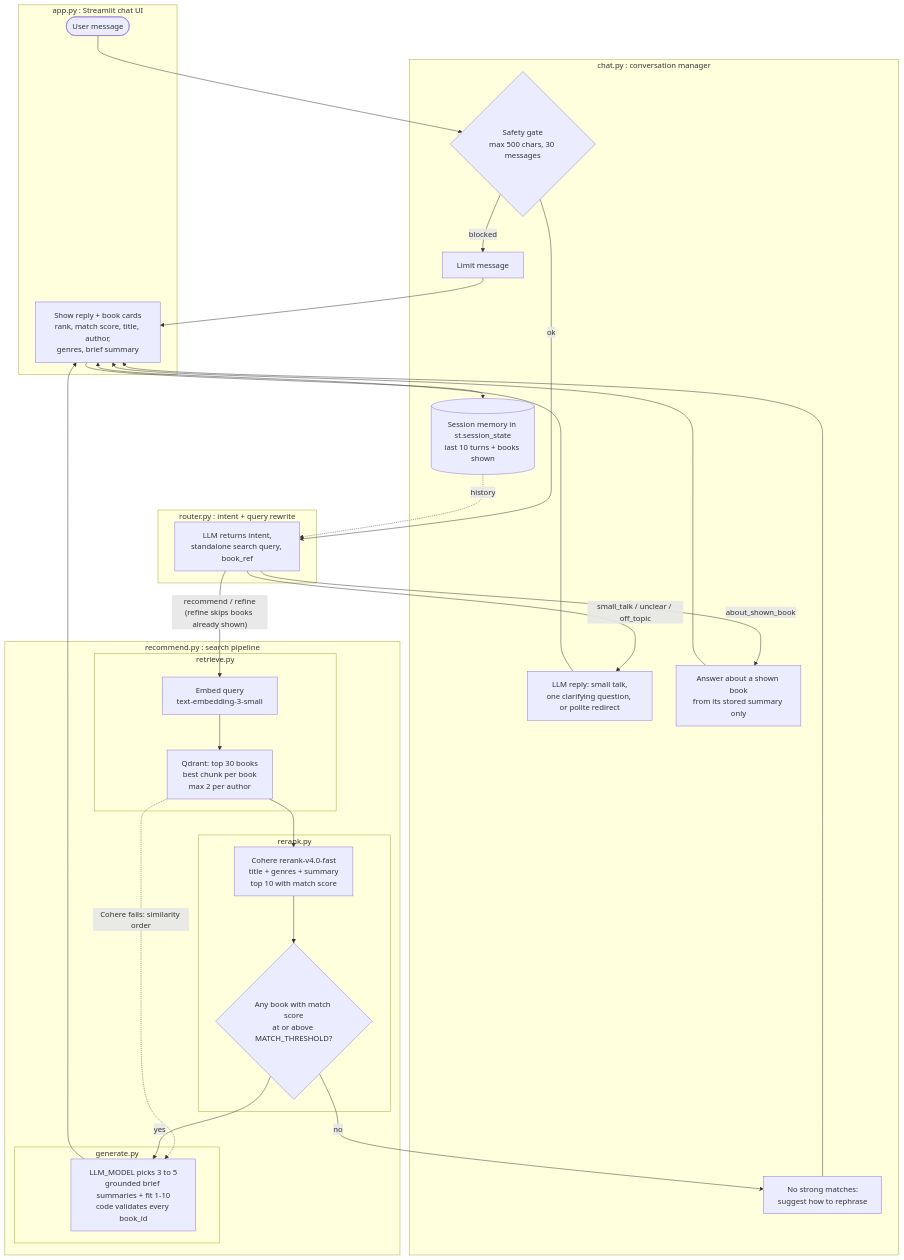
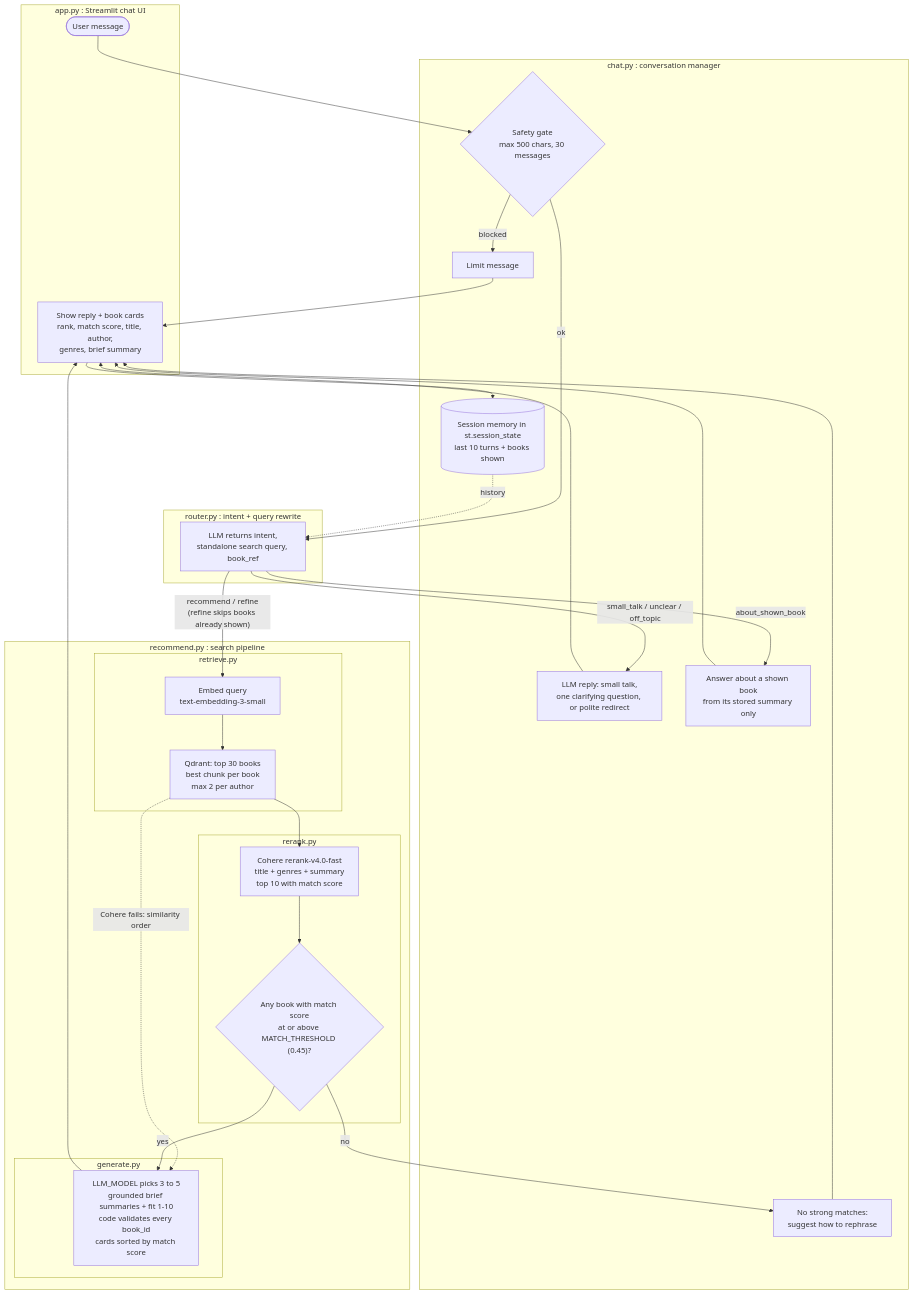
The diagram in README.md (ChariPramod/book-recommender), drawn with Mermaid before and after one commit. The commit also changed other lines of this file and 7 other files, not shown here.

First line of the commit message:
Add smoke test, fix follow-up book lookup, sort cards by match score

````diff
--- a/README.md
+++ b/README.md
@@ -12,52 +12,52 @@
 ```mermaid
 flowchart TD
     subgraph APP["app.py : Streamlit chat UI"]
         U(["User message"])
         OUT["Show reply + book cards<br/>rank, match score, title, author,<br/>genres, brief summary"]
     end
 
     subgraph CHAT["chat.py : conversation manager"]
         GATE{"Safety gate<br/>max 500 chars, 30 messages"}
         LIM["Limit message"]
         TALK["LLM reply: small talk,<br/>one clarifying question, or polite redirect"]
         ABOUT["Answer about a shown book<br/>from its stored summary only"]
         NOM["No strong matches:<br/>suggest how to rephrase"]
         MEM[("Session memory in st.session_state<br/>last 10 turns + books shown")]
     end
 
     subgraph ROUTER["router.py : intent + query rewrite"]
         R["LLM returns intent,<br/>standalone search query, book_ref"]
     end
 
     subgraph REC["recommend.py : search pipeline"]
         subgraph RET["retrieve.py"]
             E["Embed query<br/>text-embedding-3-small"] --> Q["Qdrant: top 30 books<br/>best chunk per book<br/>max 2 per author"]
         end
         subgraph RR["rerank.py"]
-            C["Cohere rerank-v4.0-fast<br/>title + genres + summary<br/>top 10 with match score"] --> T{"Any book with match score<br/>at or above MATCH_THRESHOLD?"}
+            C["Cohere rerank-v4.0-fast<br/>title + genres + summary<br/>top 10 with match score"] --> T{"Any book with match score<br/>at or above MATCH_THRESHOLD (0.45)?"}
         end
         subgraph GEN["generate.py"]
-            G["LLM_MODEL picks 3 to 5<br/>grounded brief summaries + fit 1-10<br/>code validates every book_id"]
+            G["LLM_MODEL picks 3 to 5<br/>grounded brief summaries + fit 1-10<br/>code validates every book_id<br/>cards sorted by match score"]
         end
     end
 
     U --> GATE
     GATE -- blocked --> LIM
     GATE -- ok --> R
     R -- "small_talk / unclear / off_topic" --> TALK
     R -- about_shown_book --> ABOUT
     R -- "recommend / refine<br/>(refine skips books already shown)" --> E
     Q --> C
     Q -. "Cohere fails: similarity order" .-> G
     T -- yes --> G
     T -- no --> NOM
     G --> OUT
     TALK --> OUT
     ABOUT --> OUT
     NOM --> OUT
     LIM --> OUT
     OUT --> MEM
     MEM -. "history" .-> R
 
     classDef planned stroke-dasharray: 5 5
 ```
````
